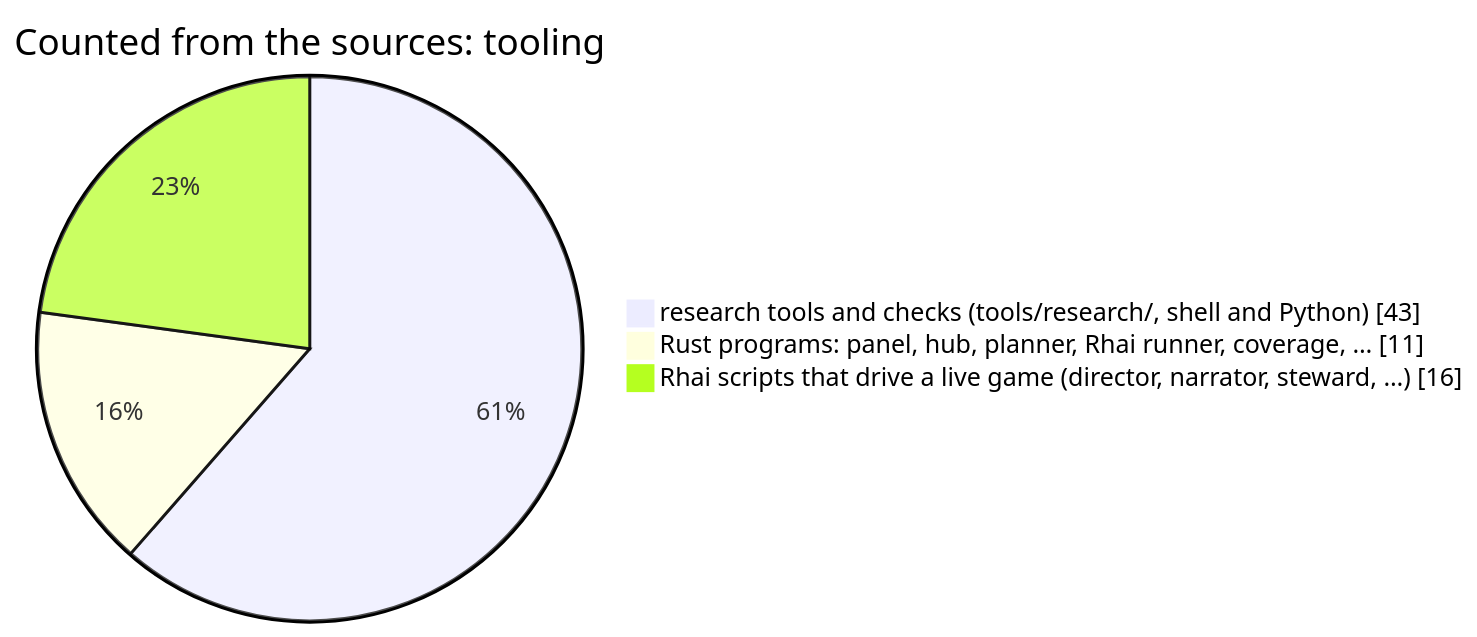
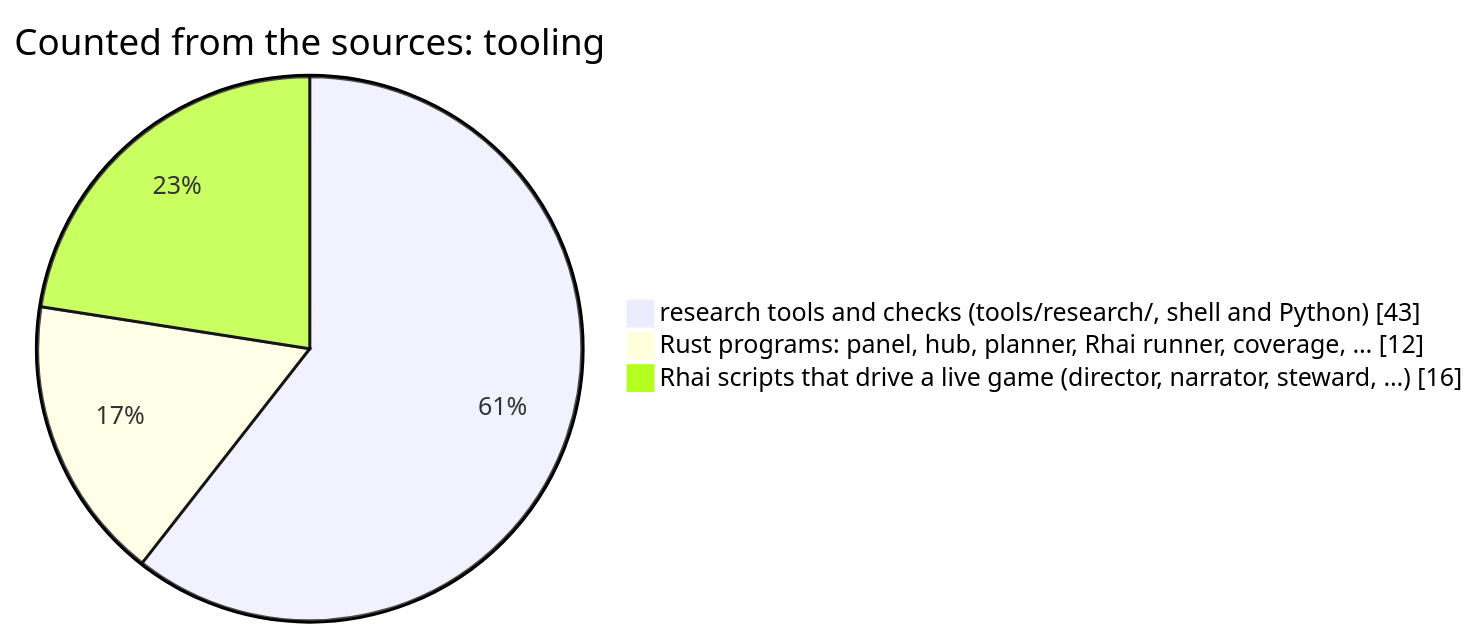
One commit to korczis/OpenTTD changed the fifth of 11 diagrams in README.md. Above: the diagram before and after it, drawn with Mermaid. The commit also changed other lines of this file and 53 other files, not shown here.

````diff
--- a/README.md
+++ b/README.md
@@ -625,6 +625,6 @@
 ```mermaid
 pie showData title Counted from the sources: tooling
     "research tools and checks (tools/research/, shell and Python)" : 43
-    "Rust programs: panel, hub, planner, Rhai runner, coverage, …" : 11
+    "Rust programs: panel, hub, planner, Rhai runner, coverage, …" : 12
     "Rhai scripts that drive a live game (director, narrator, steward, …)" : 16
 ```
````
